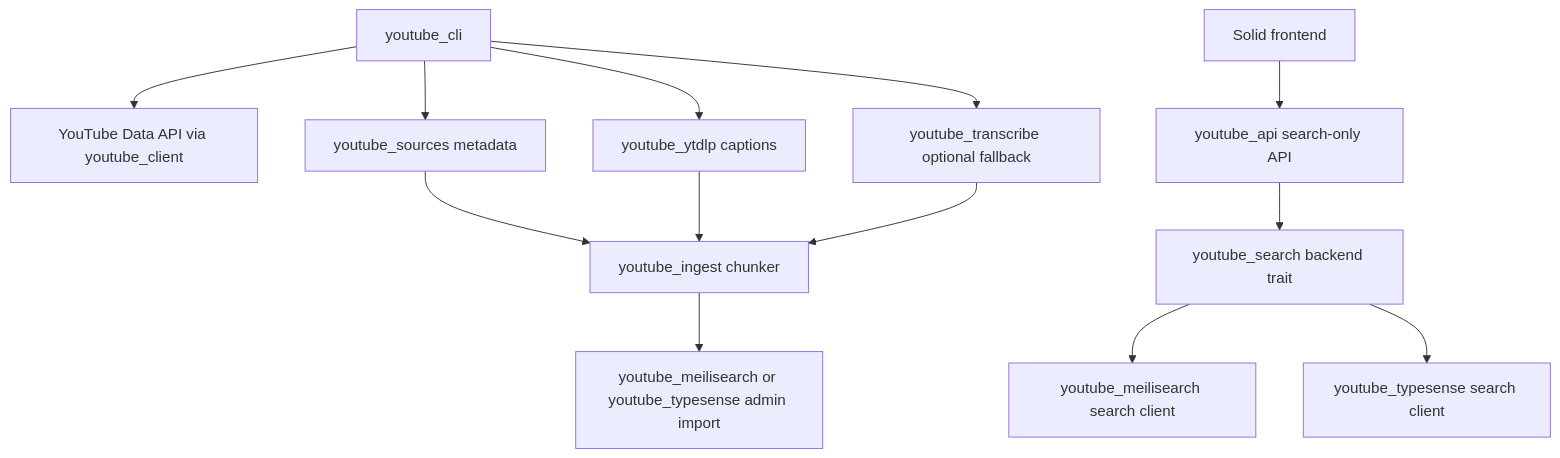
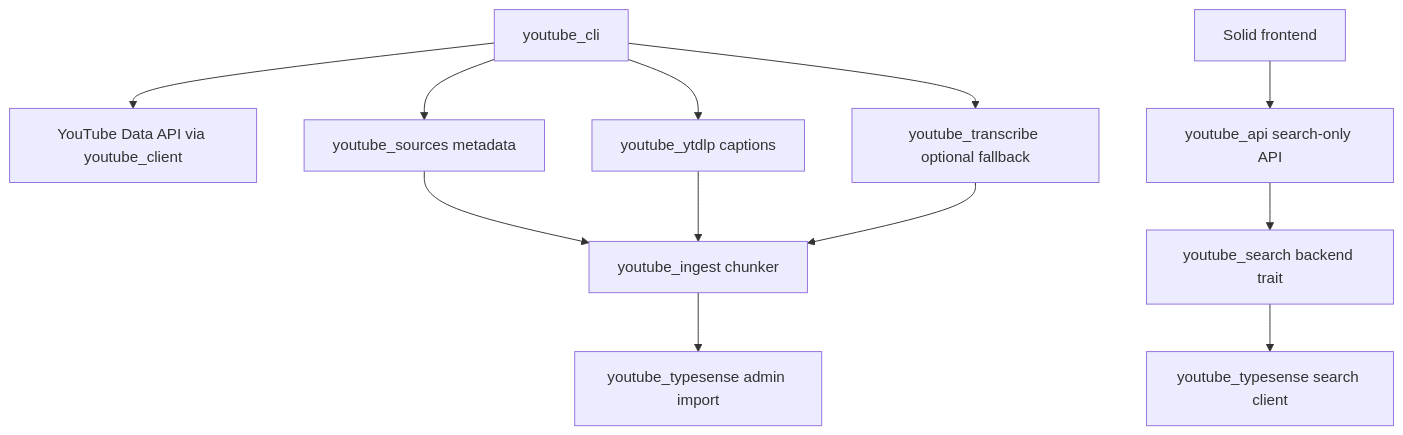
Before and after one commit to Priyansh4444/ytsearch: the diagram in docs/architecture.md, drawn with Mermaid. The commit also changed other lines of this file and 126 other files, not shown here.

````diff
--- a/docs/architecture.md
+++ b/docs/architecture.md
@@ -24,15 +22,14 @@
 ```mermaid
 flowchart TD
     CLI[youtube_cli] --> YT[YouTube Data API via youtube_client]
     CLI --> META[youtube_sources metadata]
     CLI --> CAP[youtube_ytdlp captions]
     CLI --> VOX[youtube_transcribe optional fallback]
     META --> ING[youtube_ingest chunker]
     CAP --> ING
     VOX --> ING
-    ING --> SEARCHADMIN[youtube_meilisearch or youtube_typesense admin import]
+    ING --> SEARCHADMIN[youtube_typesense admin import]
     API[youtube_api search-only API] --> SEARCH[youtube_search backend trait]
-    SEARCH --> MEILI[youtube_meilisearch search client]
     SEARCH --> TYPESENSE[youtube_typesense search client]
     WEB[Solid frontend] --> API
 ```
````
